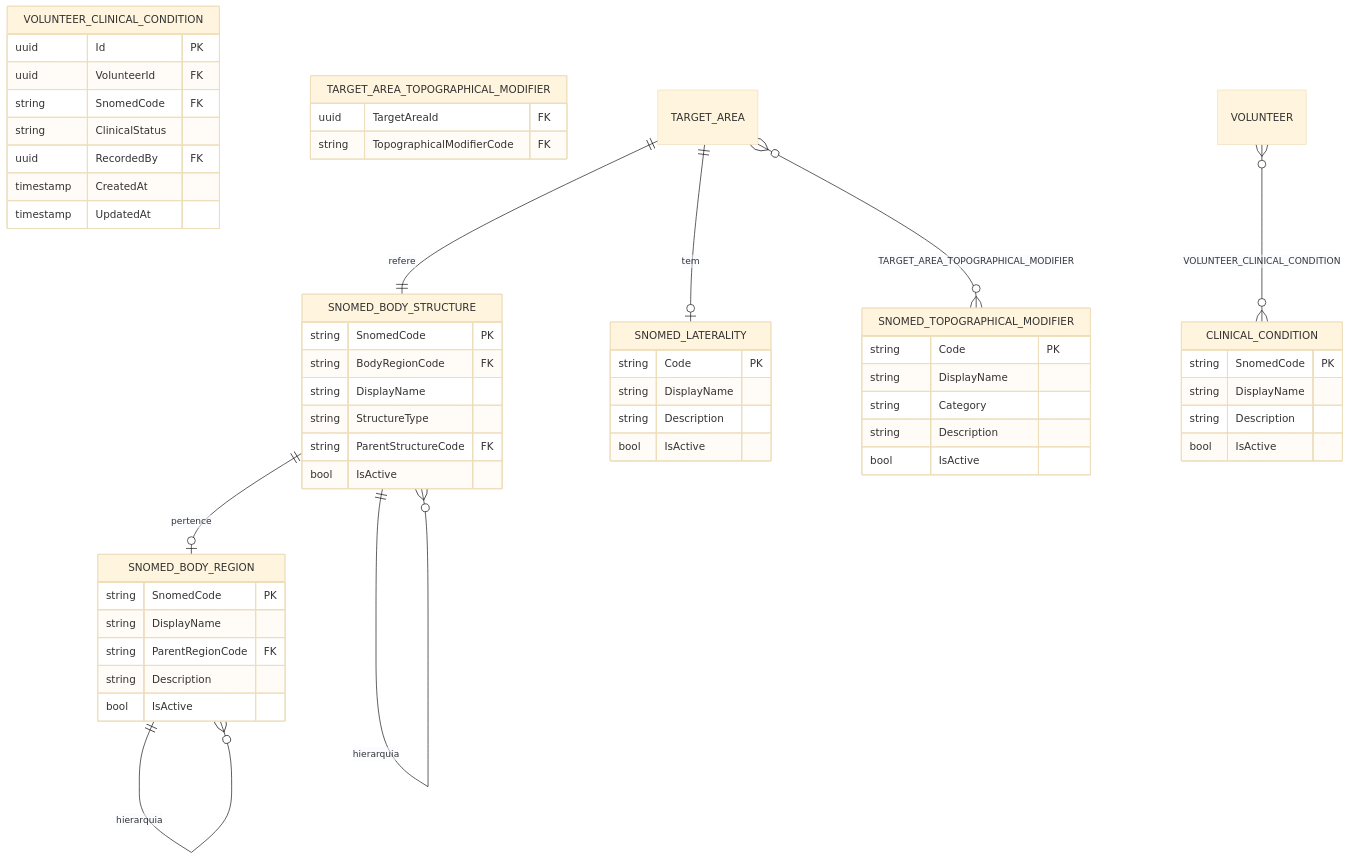
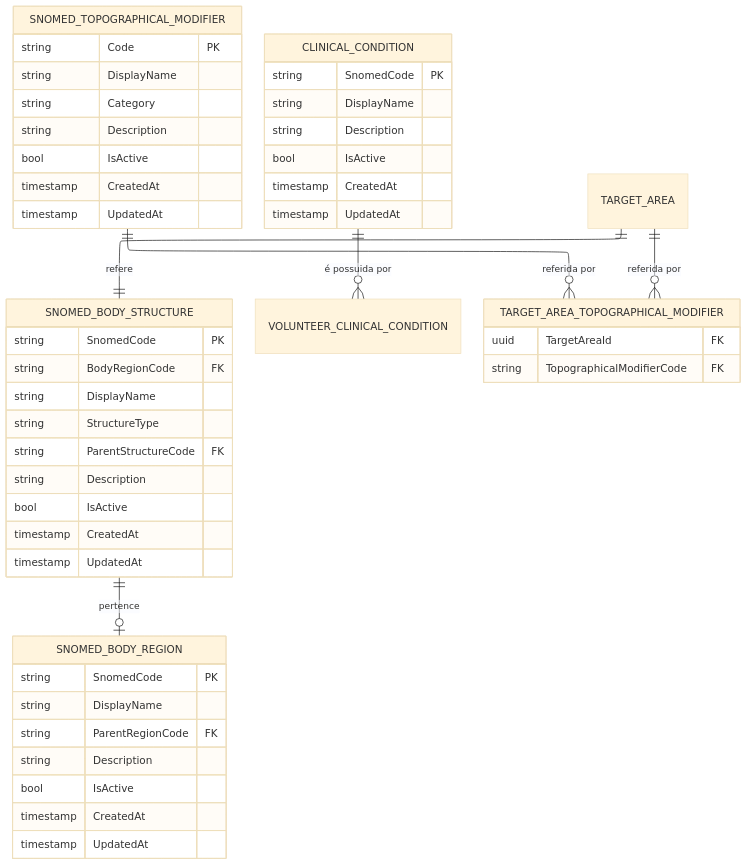
Before and after one commit to VitorAndTxr/TCC-Vitor: the diagram in figuras/Desenvolvimento/NPI/modeloDados-familia-vocabulario.mmd, drawn with Mermaid (base theme). The commit also changed 17 other files, not shown here.

```diff
--- a/figuras/Desenvolvimento/NPI/modeloDados-familia-vocabulario.mmd
+++ b/figuras/Desenvolvimento/NPI/modeloDados-familia-vocabulario.mmd
@@ -1,73 +1,71 @@
+---
+config:
+  layout: elk
+---
 erDiagram
     %% ============================================================
     %% Familia 4: Vocabulario Clinico
     %% ============================================================
 
     SNOMED_BODY_STRUCTURE {
         string SnomedCode PK
         string BodyRegionCode FK
         string DisplayName
         string StructureType
         string ParentStructureCode FK
+        string Description
         bool IsActive
+        timestamp CreatedAt
+        timestamp UpdatedAt
     }
 
     SNOMED_BODY_REGION {
         string SnomedCode PK
         string DisplayName
         string ParentRegionCode FK
         string Description
         bool IsActive
+        timestamp CreatedAt
+        timestamp UpdatedAt
     }
 
     SNOMED_TOPOGRAPHICAL_MODIFIER {
         string Code PK
         string DisplayName
         string Category
         string Description
         bool IsActive
-    }
-
-    SNOMED_LATERALITY {
-        string Code PK
-        string DisplayName
-        string Description
-        bool IsActive
+        timestamp CreatedAt
+        timestamp UpdatedAt
     }
 
     CLINICAL_CONDITION {
         string SnomedCode PK
         string DisplayName
         string Description
         bool IsActive
+        timestamp CreatedAt
+        timestamp UpdatedAt
     }
 
     VOLUNTEER_CLINICAL_CONDITION {
-        uuid Id PK
-        uuid VolunteerId FK
-        string SnomedCode FK
-        string ClinicalStatus
-        uuid RecordedBy FK
-        timestamp CreatedAt
-        timestamp UpdatedAt
     }
 
     TARGET_AREA_TOPOGRAPHICAL_MODIFIER {
         uuid TargetAreaId FK
         string TopographicalModifierCode FK
     }
 
-    %% Entidades de outras familias citadas em relacionamentos
-    VOLUNTEER { }
+
     TARGET_AREA { }
 
     %% Relacionamentos internos
+    %% Hierarquia auto-referencial expressa via FK ParentRegionCode / ParentStructureCode
     SNOMED_BODY_STRUCTURE ||--o| SNOMED_BODY_REGION : pertence
-    SNOMED_BODY_REGION ||--o{ SNOMED_BODY_REGION : hierarquia
-    SNOMED_BODY_STRUCTURE ||--o{ SNOMED_BODY_STRUCTURE : hierarquia
 
     %% Relacionamentos com outras familias
-    VOLUNTEER }o--o{ CLINICAL_CONDITION : VOLUNTEER_CLINICAL_CONDITION
+
+    CLINICAL_CONDITION ||--o{  VOLUNTEER_CLINICAL_CONDITION: "é possuida por"
     TARGET_AREA ||--|| SNOMED_BODY_STRUCTURE : refere
-    TARGET_AREA ||--o| SNOMED_LATERALITY : tem
-    TARGET_AREA }o--o{ SNOMED_TOPOGRAPHICAL_MODIFIER : TARGET_AREA_TOPOGRAPHICAL_MODIFIER
+    TARGET_AREA ||--o{  TARGET_AREA_TOPOGRAPHICAL_MODIFIER : "referida por"
+    SNOMED_TOPOGRAPHICAL_MODIFIER ||--o{TARGET_AREA_TOPOGRAPHICAL_MODIFIER : "referida por"
```
